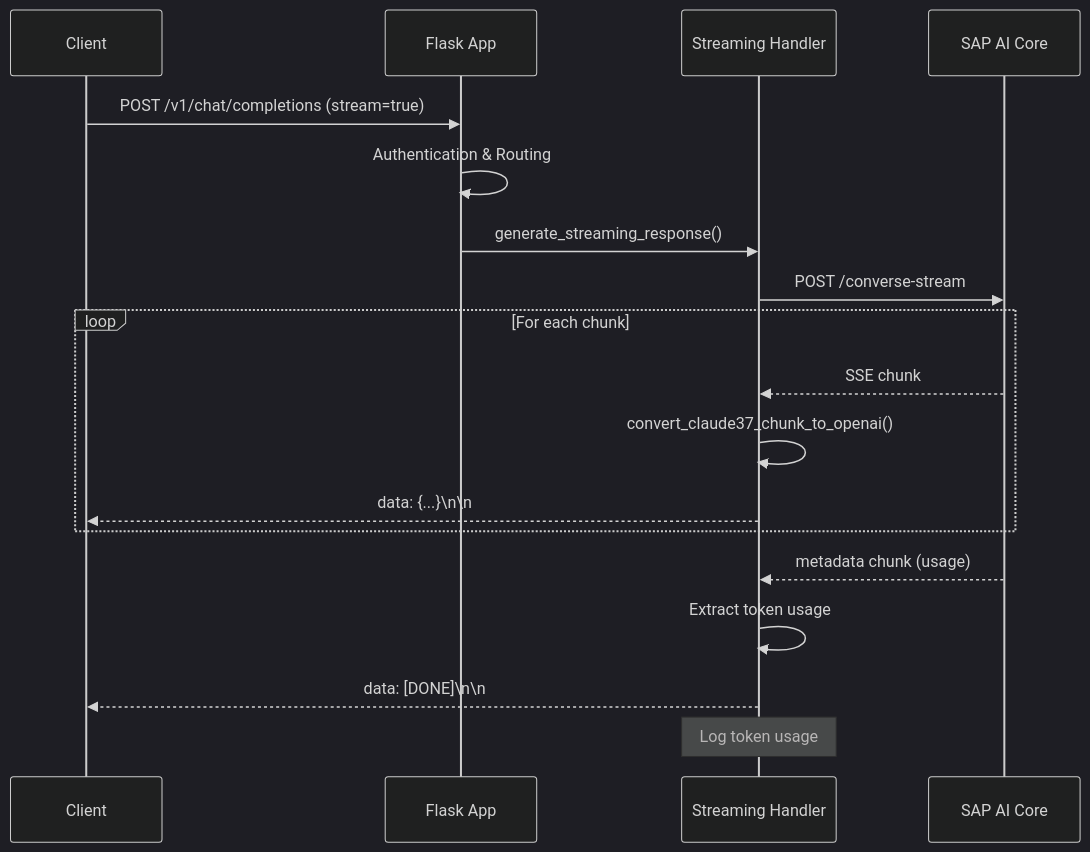
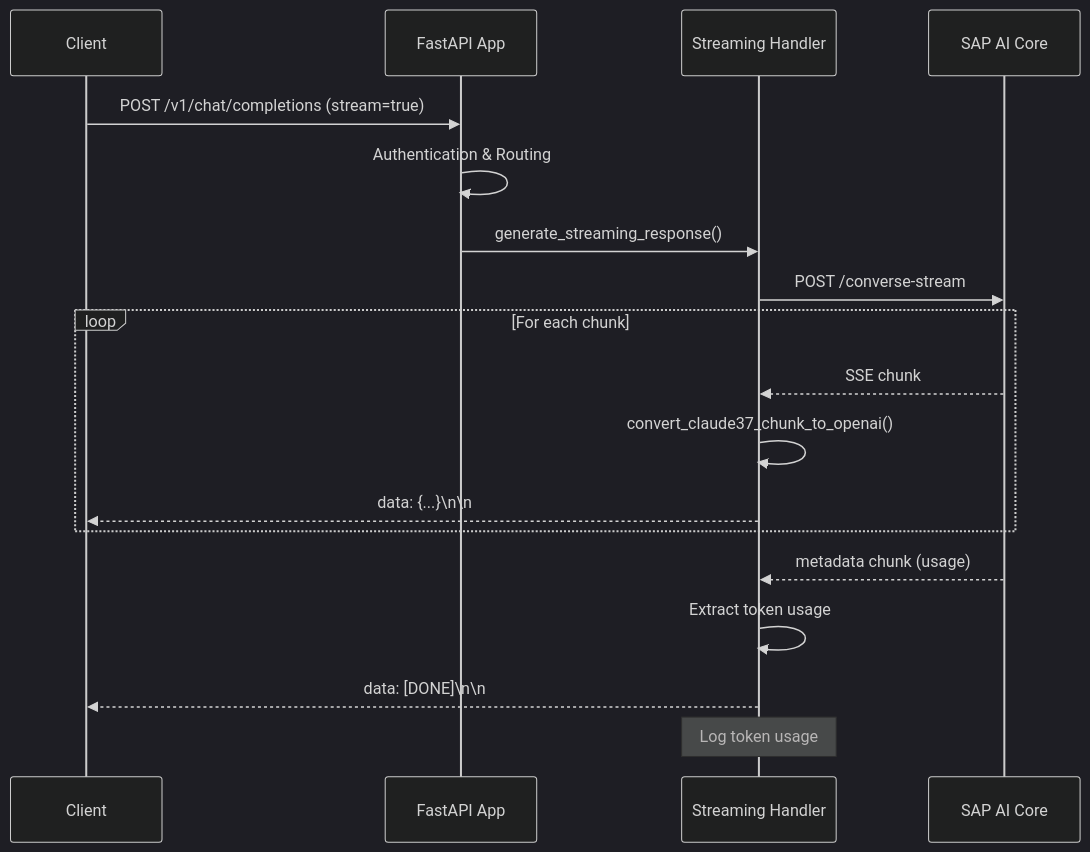
One commit to wl21st/sap-ai-core-llm-proxy changed the third of 9 diagrams in docs/architecture/ARCHITECTURE.md. Above: the diagram before and after it, drawn with Mermaid (dark theme). The commit also changed other lines of this file, not shown here.

Commit message:
docs: Update architecture documentation to reflect FastAPI migration, new module structure, and `ProxyGlobalContext` for service management.

````diff
--- a/docs/architecture/ARCHITECTURE.md
+++ b/docs/architecture/ARCHITECTURE.md
@@ -134,25 +134,25 @@
 ```mermaid
 sequenceDiagram
     participant Client
-    participant Flask as Flask App
+    participant Flask as FastAPI App
     participant Stream as Streaming Handler
     participant SAP as SAP AI Core
     
     Client->>Flask: POST /v1/chat/completions (stream=true)
     Flask->>Flask: Authentication & Routing
     
     Flask->>Stream: generate_streaming_response()
     Stream->>SAP: POST /converse-stream
 
     loop For each chunk
         SAP-->>Stream: SSE chunk
         Stream->>Stream: convert_claude37_chunk_to_openai()
         Stream-->>Client: data: {...}\n\n
     end
     
     SAP-->>Stream: metadata chunk (usage)
     Stream->>Stream: Extract token usage
     Stream-->>Client: data: [DONE]\n\n
 
     Note over Stream: Log token usage
 ```
````
